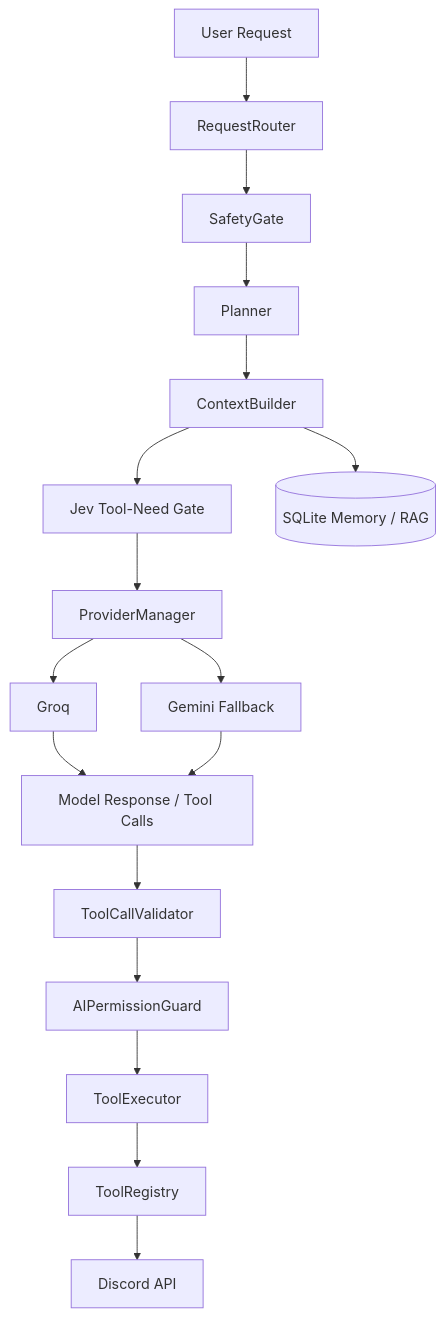
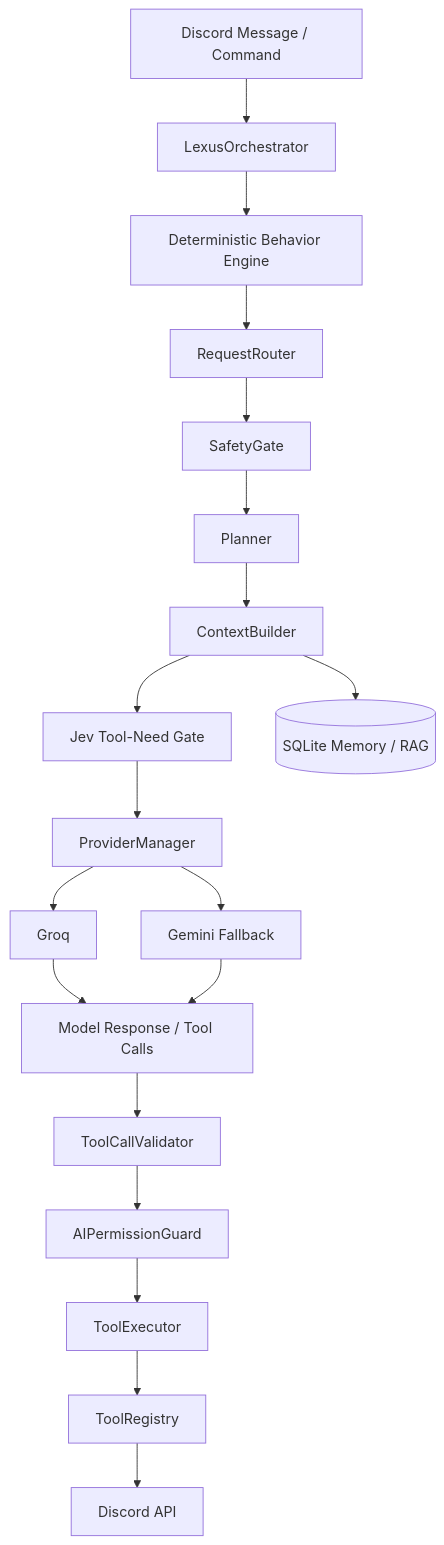
The second of 3 diagrams in docs/LEXUS_DOCUMENTATION.md (krishna3251/lexus_dc), drawn with Mermaid before and after one commit. The commit also changed other lines of this file, not shown here.

Commit message:
docs: document Lexus Rukiya-style orchestration

````diff
--- a/docs/LEXUS_DOCUMENTATION.md
+++ b/docs/LEXUS_DOCUMENTATION.md
@@ -98,19 +103,21 @@
 ```mermaid
 flowchart TD
-    U[User Request] --> R[RequestRouter]
+    U[Discord Message / Command] --> O[LexusOrchestrator]
+    O --> B[Deterministic Behavior Engine]
+    B --> R[RequestRouter]
     R --> G[SafetyGate]
     G --> PL[Planner]
     PL --> CT[ContextBuilder]
     CT --> JG[Jev Tool-Need Gate]
     JG --> PM[ProviderManager]
     PM --> GR[Groq]
     PM --> GE[Gemini Fallback]
     GR --> T[Model Response / Tool Calls]
     GE --> T
     T --> V[ToolCallValidator]
     V --> PG[AIPermissionGuard]
     PG --> E[ToolExecutor]
     E --> TR[ToolRegistry]
     TR --> DA[Discord API]
     CT --> MEM[(SQLite Memory / RAG)]
 ```
````
